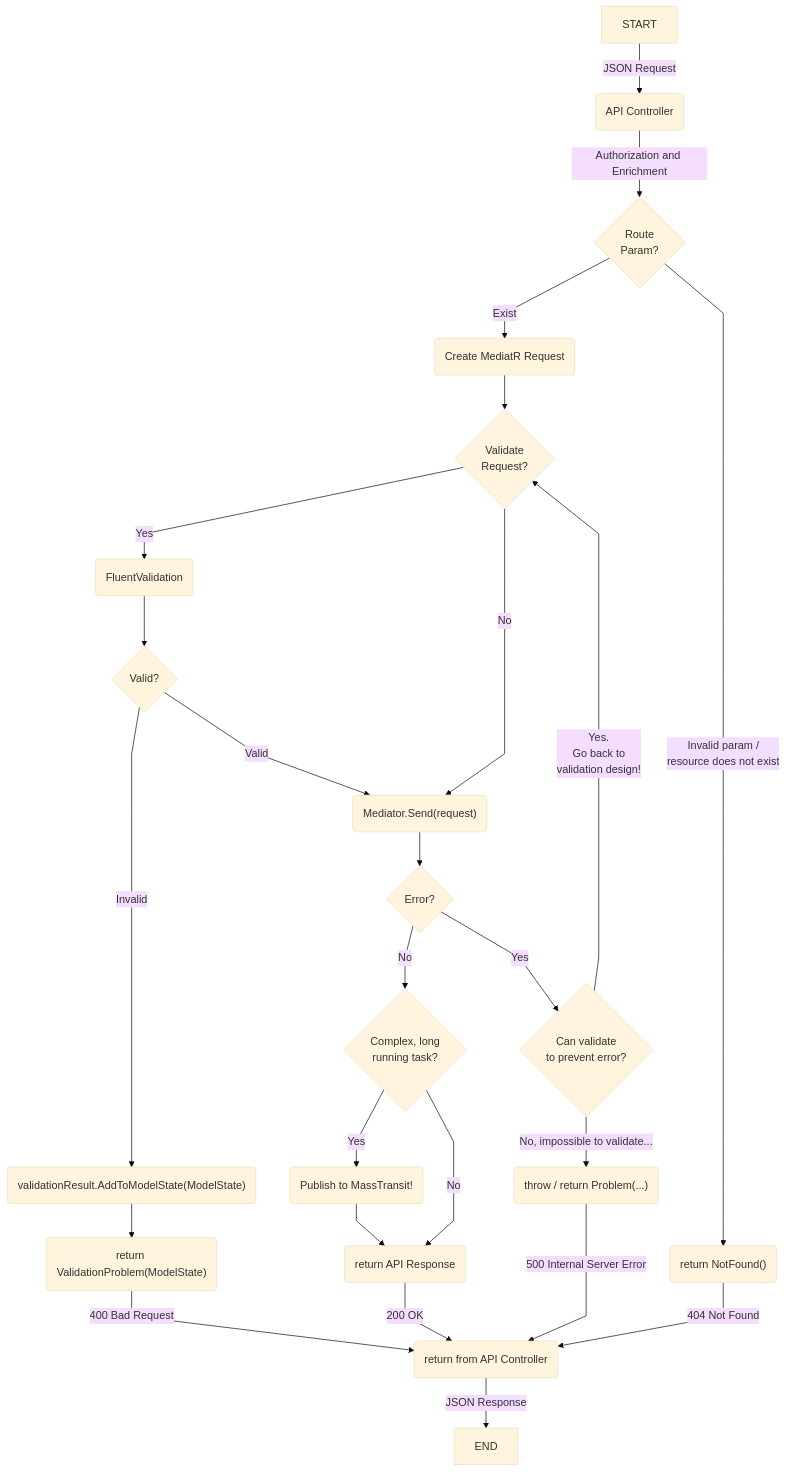
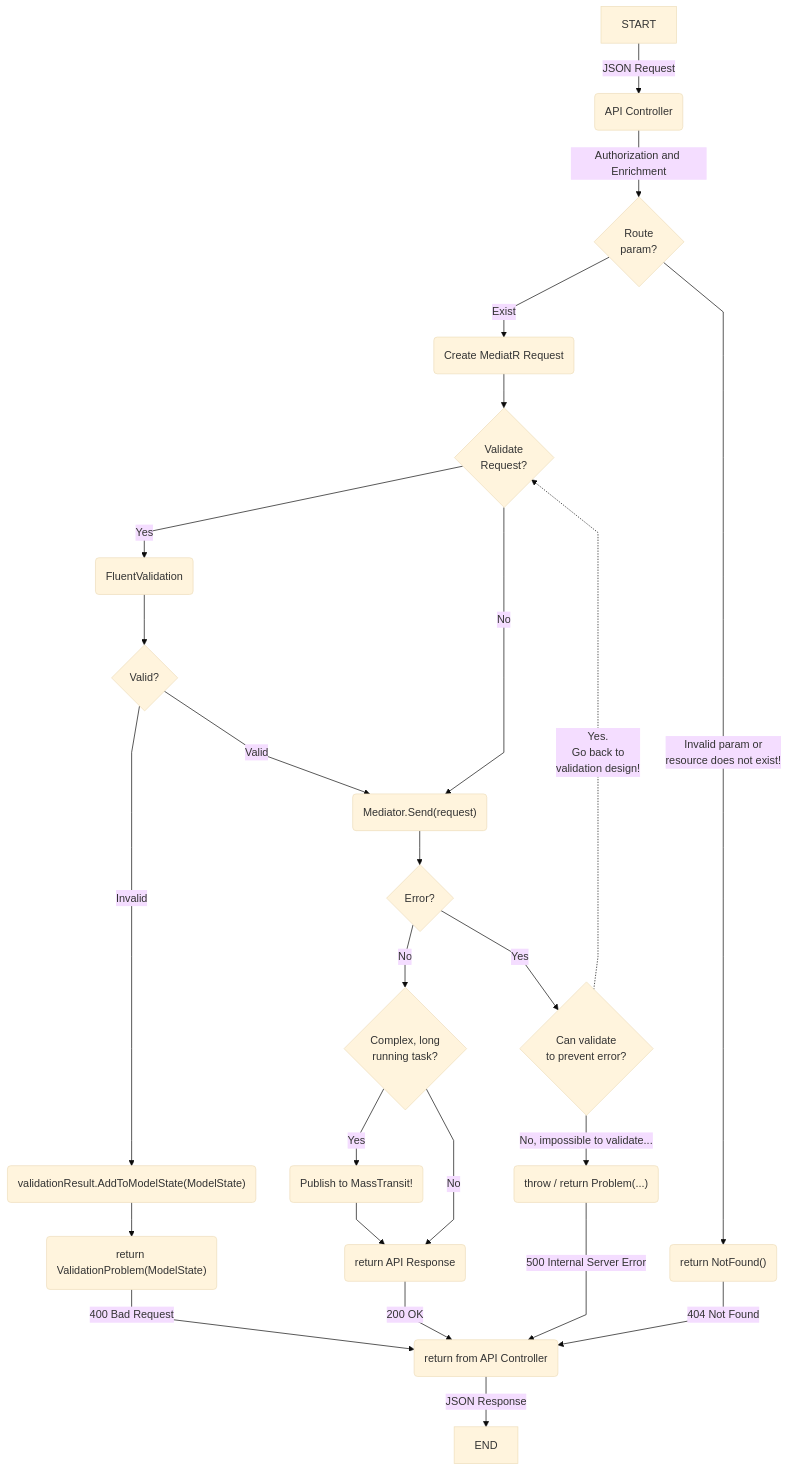
The diagram in README.md (accelist/Accelist.WebApiStandard), drawn with Mermaid (base theme) before and after one commit.

````diff
--- a/README.md
+++ b/README.md
@@ -80,28 +80,28 @@
 ```mermaid
 %%{init: {'flowchart' : {'curve' : 'linear'}}}%%
 graph TD
     START --> |JSON Request| A(API Controller)
-    A --> |Authorization and Enrichment| R{Route<br/>Param?}
+    A --> |Authorization and Enrichment| R{Route<br/>param?}
     R --> |Exist| B(Create MediatR Request)
-    R --> |Invalid param / <br/> resource does not exist| R404("return NotFound()")
+    R --> |Invalid param or <br/> resource does not exist!| R404("return NotFound()")
     R404 --> |404 Not Found| BACK
     B --> C{Validate<br/>Request?}
     C --> |Yes| D1(FluentValidation)
     C --> |No| F2
     D1 --> E{Valid?}
     E --> |Invalid| F400("validationResult.AddToModelState(ModelState)")
     E --> |Valid| F2
     F400 --> G400("return ValidationProblem(ModelState)")
     G400 --> |400 Bad Request| BACK
     F2("Mediator.Send(request)") --> G{Error?}
     G --> |No| H{Complex, long<br/>running task?}
     G --> |Yes| H500{Can validate<br/>to prevent error?}
     H --> |Yes| KRabbit("Publish to MassTransit!")
     KRabbit --> L200
     H --> |No| L200
     L200("return API Response") --> |200 OK|BACK
-    H500 --> |Yes.<br/>Go back to<br/>validation design!|C
+    H500 -."Yes.<br/>Go back to<br/>validation design!".-> C
     H500 --> |No, impossible to validate...|I500("throw / return Problem(...)")
     I500 --> |500 Internal Server Error| BACK
     BACK(return from API Controller) --> |JSON Response| END
 ```
````
